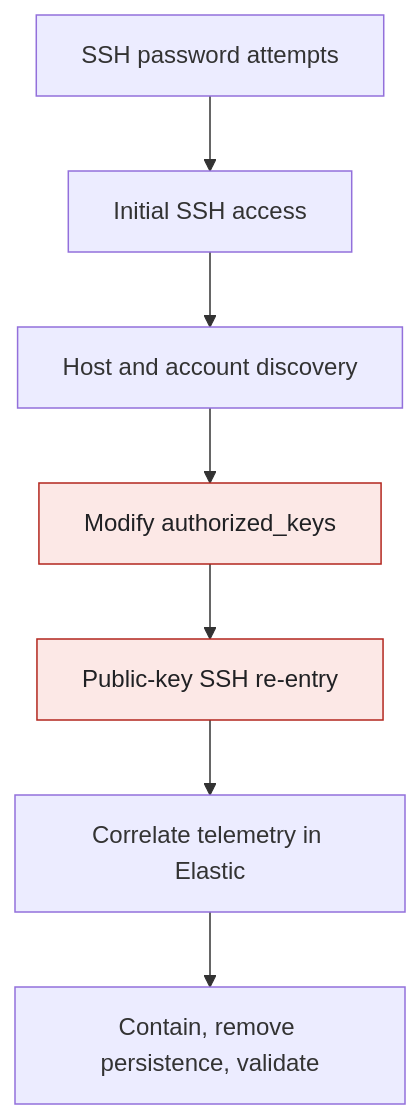
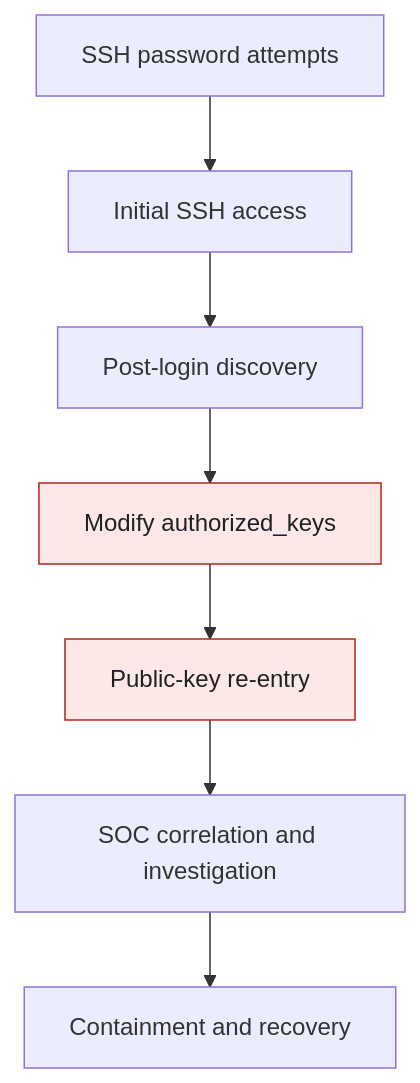
Before and after one commit to KdMenon007/CatchMe-SOC-Project-01: the second of 10 diagrams in README.md, drawn with Mermaid. The commit also changed other lines of this file, not shown here.

````diff
--- a/README.md
+++ b/README.md
@@ -135,11 +105,11 @@
-``` mermaid
+```mermaid
 flowchart TD
     A["SSH password attempts"] --> B["Initial SSH access"]
-    B --> C["Host and account discovery"]
+    B --> C["Post-login discovery"]
     C --> D["Modify authorized_keys"]
-    D --> E["Public-key SSH re-entry"]
-    E --> F["Correlate telemetry in Elastic"]
-    F --> G["Contain, remove persistence, validate"]
+    D --> E["Public-key re-entry"]
+    E --> F["SOC correlation and investigation"]
+    F --> G["Containment and recovery"]
     style D fill:#fce8e6,stroke:#b3261e,color:#202124
     style E fill:#fce8e6,stroke:#b3261e,color:#202124
 ```
````
